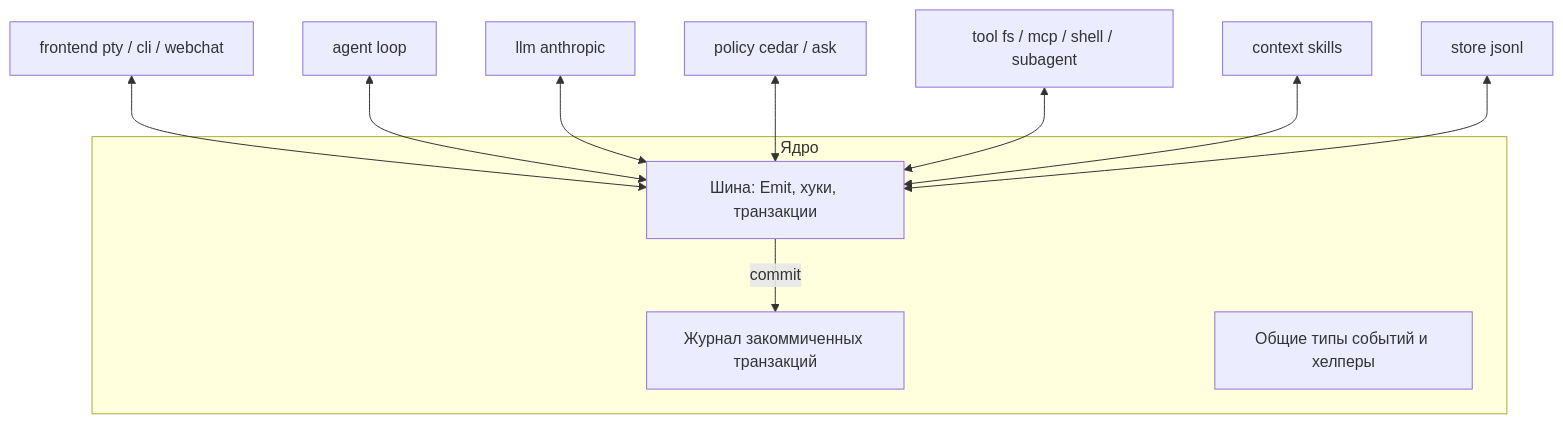
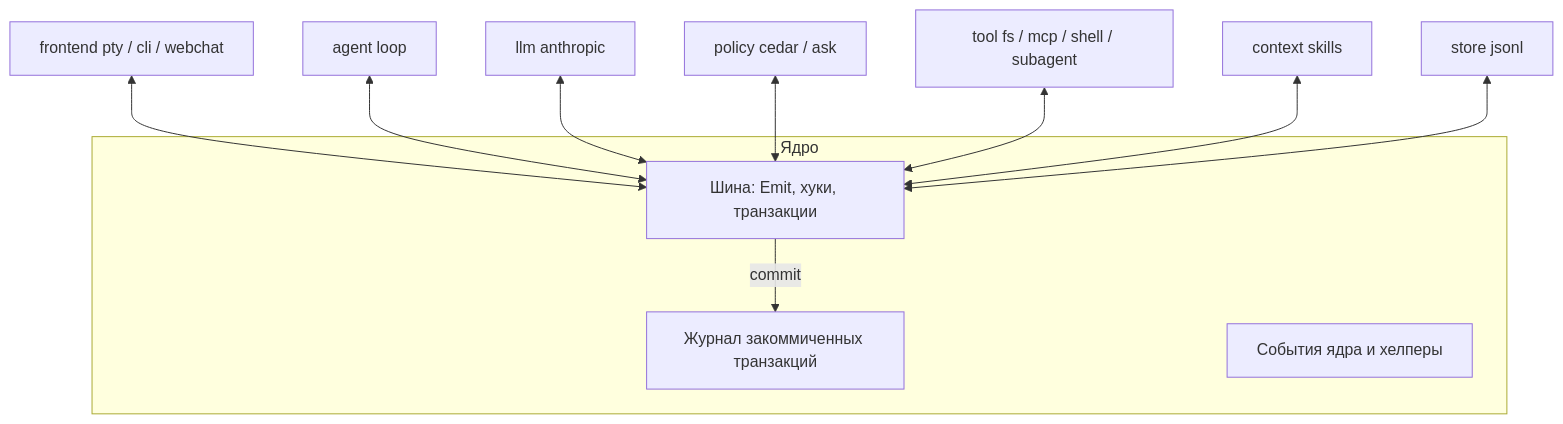
Before and after one commit to GoldenDeals/aish-core: the first of 2 diagrams in docs/ARCHITECTURE.md, drawn with Mermaid. The commit also changed other lines of this file and 22 other files, not shown here.

````diff
--- a/docs/ARCHITECTURE.md
+++ b/docs/ARCHITECTURE.md
@@ -39,16 +39,16 @@
 ```mermaid
 flowchart TB
     subgraph Core["Ядро"]
         BUS["Шина: Emit, хуки, транзакции"]
         LOG["Журнал закоммиченных транзакций"]
-        TYPES["Общие типы событий и хелперы"]
+        TYPES["События ядра и хелперы"]
         BUS -- commit --> LOG
     end
     FE["frontend pty / cli / webchat"] <--> BUS
     LOOP["agent loop"] <--> BUS
     LLM["llm anthropic"] <--> BUS
     POL["policy cedar / ask"] <--> BUS
     TOOLS["tool fs / mcp / shell / subagent"] <--> BUS
     SK["context skills"] <--> BUS
     ST["store jsonl"] <--> BUS
 ```
````
